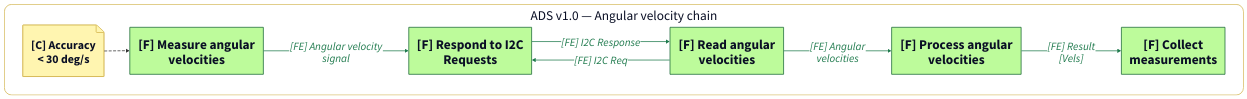
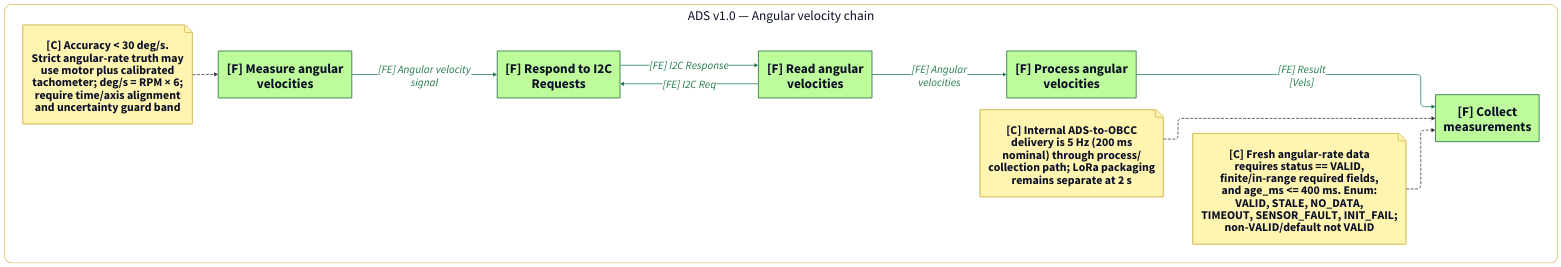
The diagram in ADS/MBSE/v1.0/ADS_v1.0_view5_angular_velocity_chain.d2 (DeltaLabo/CanSatWorkshop), drawn with D2 before and after one commit. The commit also changed 340 other files, not shown here.

```diff
--- a/ADS/MBSE/v1.0/ADS_v1.0_view5_angular_velocity_chain.d2
+++ b/ADS/MBSE/v1.0/ADS_v1.0_view5_angular_velocity_chain.d2
@@ -1,69 +1,82 @@
 vars: {
   d2-config: {
     layout-engine: elk
   }
 }
 
 # Functional chain: IMU angular-rate acquisition and delivery to OBCC
 direction: right
 
 classes: {
   func: {
     shape: rectangle
     style: { fill: "#BDFB9B"; stroke: "#166534"; stroke-width: 2; font-size: 36 }
   }
   lc: {
     style: {
       fill: "#A9C7E6"; stroke: "#5B65C9"; stroke-width: 2
       border-radius: 20; font-size: 40
     }
   }
   pc: {
     style: { fill: "#FFF8BF"; stroke: "#D1B24A"; stroke-width: 2; font-size: 40 }
   }
   sys: {
     style: { fill: "#E6E6E6"; stroke: "#9A9A9A"; stroke-width: 2; font-size: 48 }
   }
   ea: {
     shape: rectangle
     style: {
       fill: "#BFEAF4"; stroke: "#5B65C9"; stroke-width: 2
       border-radius: 20; font-size: 40
     }
   }
   note: { style: { fill: "#FFF5B0"; stroke: "#D1B24A"; font-size: 32 } }
   chain: {
     style: {
       fill: "#FFFFFF"; stroke: "#D1B24A"; stroke-width: 2
       border-radius: 20; font-size: 36
     }
   }
   fe:   { style: { stroke: "#1F7A4D"; font-color: "#1F7A4D"; stroke-width: 2; font-size: 30 } }
   ce:   { style: { stroke: "#5B65C9"; font-color: "#5B65C9"; stroke-width: 2; font-size: 30 } }
   pl:   { style: { stroke: "#E11D28"; font-color: "#E11D28"; stroke-width: 2; font-size: 30 } }
   cstr: { style: { stroke: "#333333"; stroke-dash: 3; font-size: 26 } }
 }
 
 chain: "ADS v1.0 — Angular velocity chain" {
   class: chain
   direction: right
 
   measure_angular_velocities: "[F] Measure angular\nvelocities" { class: func }
   respond_i2c_requests: "[F] Respond to I2C\nRequests" { class: func }
   read_angular_velocities: "[F] Read angular\nvelocities" { class: func }
   process_angular_velocities: "[F] Process angular\nvelocities" { class: func }
   collect_measurements: "[F] Collect\nmeasurements" { class: func }
 
-  note_accuracy_angular_rate: "[C] Accuracy\n< 30 deg/s" {
+  note_accuracy_angular_rate: "[C] Accuracy < 30 deg/s.\nStrict angular-rate truth may\nuse motor plus calibrated\ntachometer; deg/s = RPM × 6;\nrequire time/axis alignment\nand uncertainty guard band" {
+    class: note
+    shape: page
+  }
+  note_internal_freshness: "[C] Internal ADS-to-OBCC\ndelivery is 5 Hz (200 ms\nnominal) through process/\ncollection path; LoRa packaging\nremains separate at 2 s" {
+    class: note
+    shape: page
+  }
+  note_fresh_status: "[C] Fresh angular-rate data\nrequires status == VALID,\nfinite/in-range required fields,\nand age_ms <= 400 ms. Enum:\nVALID, STALE, NO_DATA,\nTIMEOUT, SENSOR_FAULT, INIT_FAIL;\nnon-VALID/default not VALID" {
     class: note
     shape: page
   }
 }
 
 chain.measure_angular_velocities -> chain.respond_i2c_requests: "[FE] Angular velocity\nsignal" { class: fe }
 chain.read_angular_velocities -> chain.respond_i2c_requests: "[FE] I2C Req" { class: fe }
 chain.respond_i2c_requests -> chain.read_angular_velocities: "[FE] I2C Response" { class: fe }
 chain.read_angular_velocities -> chain.process_angular_velocities: "[FE] Angular\nvelocities" { class: fe }
 chain.process_angular_velocities -> chain.collect_measurements: "[FE] Result\n[Vels]" { class: fe }
 
 chain.note_accuracy_angular_rate -> chain.measure_angular_velocities { class: cstr }
+chain.note_internal_freshness -> chain.collect_measurements { class: cstr }
+chain.note_fresh_status -> chain.collect_measurements { class: cstr }
+
+# Layout-only edge to keep chain-level freshness constraints grouped.
+chain.note_internal_freshness -> chain.note_fresh_status { style: { opacity: 0 } }
```
